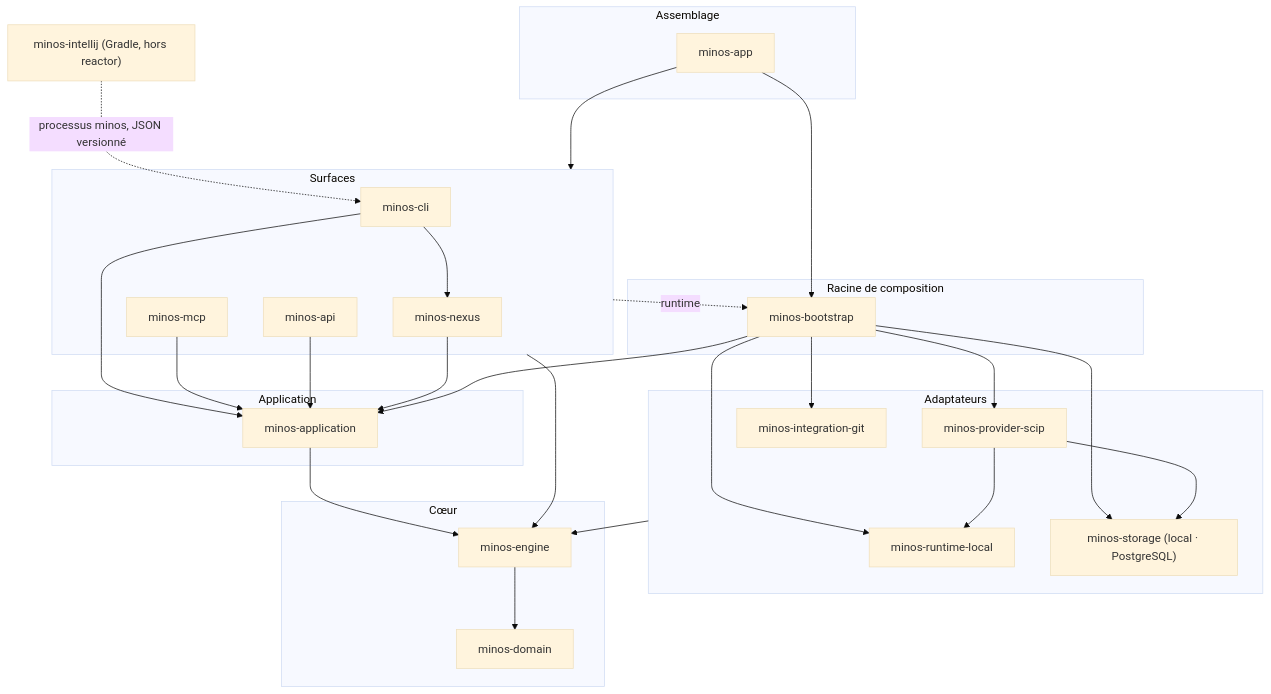
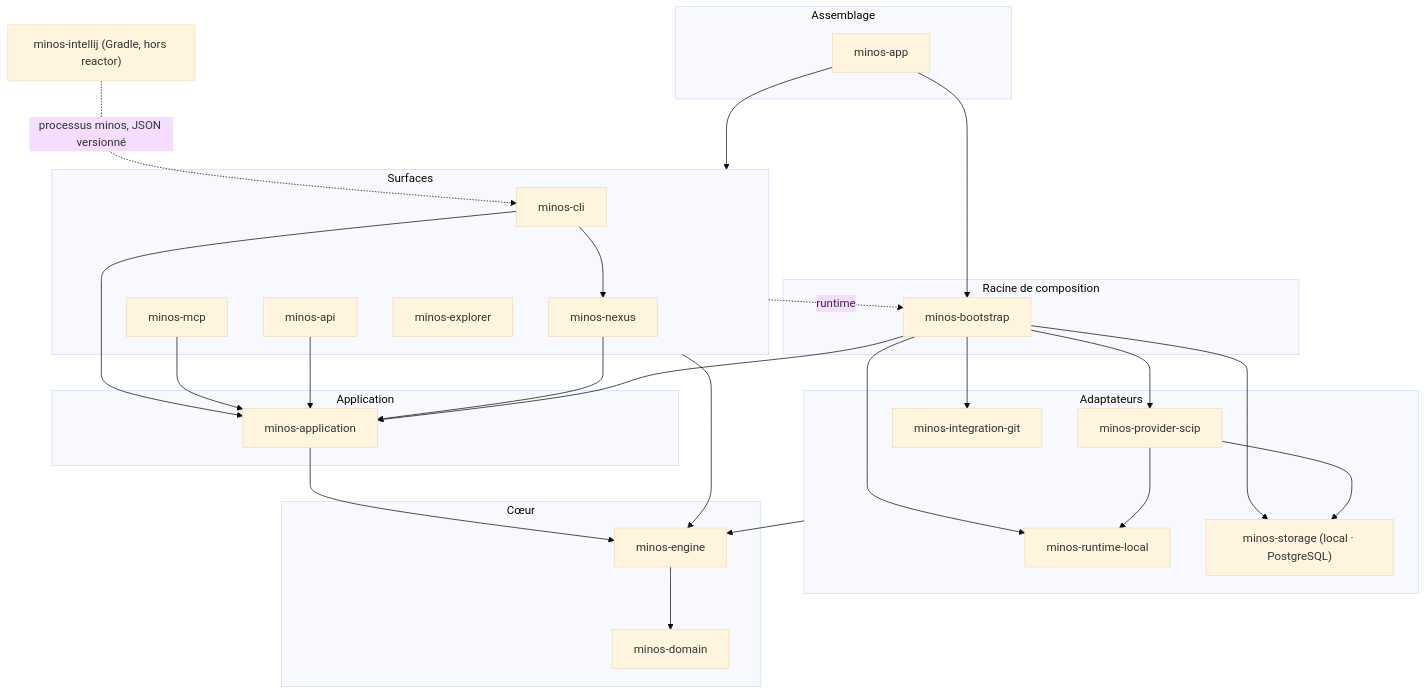
Before and after one commit to FTurleque/minos-code-intelligence: the diagram in docs/architecture/diagrams/application/component-modules-et-dependances.md, drawn with Mermaid (base theme). The commit also changed other lines of this file and 19 other files, not shown here.

First line of the commit message:
feat(explorer): déclarer le module minos-explorer dans le reactor

````diff
--- a/docs/architecture/diagrams/application/component-modules-et-dependances.md
+++ b/docs/architecture/diagrams/application/component-modules-et-dependances.md
@@ -5,50 +5,51 @@
 ```mermaid
 flowchart TB
     subgraph assemblage["Assemblage"]
         app["minos-app"]
     end
     subgraph surfaces["Surfaces"]
         cli["minos-cli"]
         mcp["minos-mcp"]
         api["minos-api"]
         nexus["minos-nexus"]
+        explorer["minos-explorer"]
     end
     subgraph composition["Racine de composition"]
         bootstrap["minos-bootstrap"]
     end
     subgraph applicatif["Application"]
         application["minos-application"]
     end
     subgraph adaptateurs["Adaptateurs"]
         scip["minos-provider-scip"]
         runtime["minos-runtime-local"]
         storage["minos-storage (local · PostgreSQL)"]
         git["minos-integration-git"]
     end
     subgraph coeur["Cœur"]
         engine["minos-engine"]
         domain["minos-domain"]
     end
     plugin["minos-intellij (Gradle, hors reactor)"]
 
     app --> surfaces
     app --> bootstrap
     cli --> nexus
     cli --> application
     mcp --> application
     api --> application
     nexus --> application
     surfaces -.->|"runtime"| bootstrap
     bootstrap --> application
     bootstrap --> scip
     bootstrap --> runtime
     bootstrap --> storage
     bootstrap --> git
     scip --> runtime
     scip --> storage
     application --> engine
     adaptateurs --> engine
     surfaces --> engine
     engine --> domain
     plugin -.->|"processus minos, JSON versionné"| cli
 ```
````
